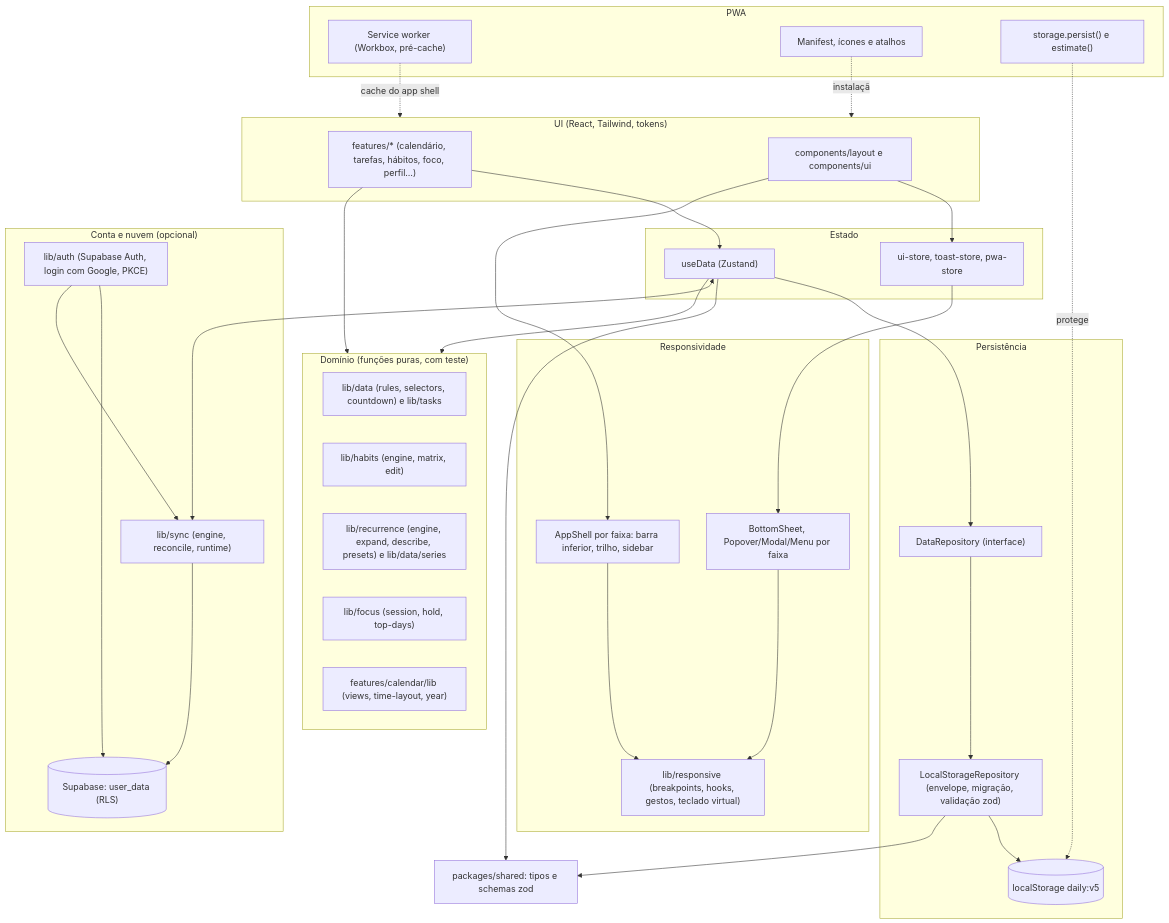
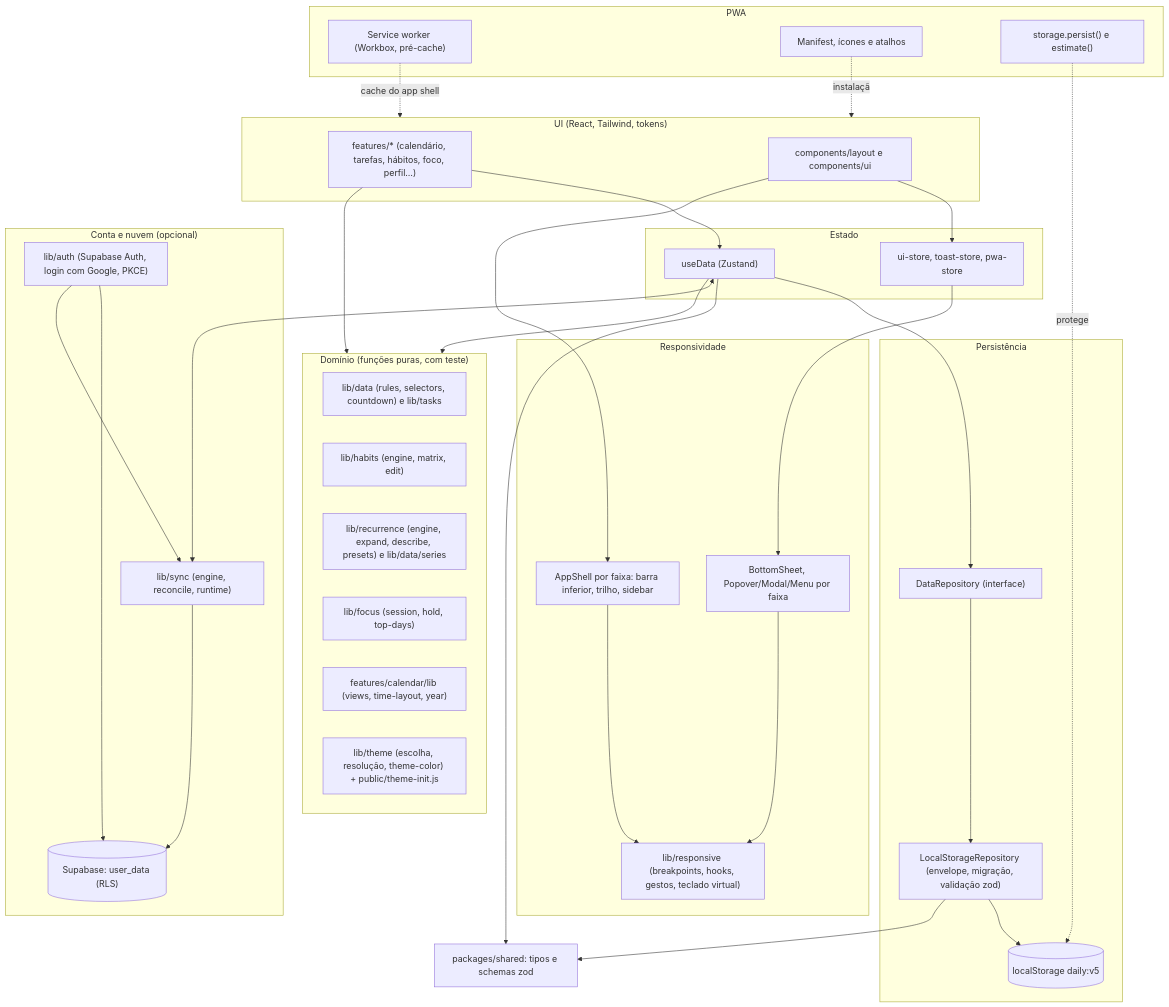
Before and after one commit to Mateus-Fonseca847/daily-study-planner: the diagram in docs/architecture.md, drawn with Mermaid. The commit also changed other lines of this file and 7 other files, not shown here.

````diff
--- a/docs/architecture.md
+++ b/docs/architecture.md
@@ -7,60 +7,61 @@
 ```mermaid
 flowchart TB
   subgraph UI["UI (React, Tailwind, tokens)"]
     Pages["features/* (calendário, tarefas, hábitos, foco, perfil…)"]
     Layout["components/layout e components/ui"]
   end
   subgraph Domain["Domínio (funções puras, com teste)"]
     Rules["lib/data (rules, selectors, countdown) e lib/tasks"]
     Habits["lib/habits (engine, matrix, edit)"]
     Recur["lib/recurrence (engine, expand, describe, presets) e lib/data/series"]
     Focus["lib/focus (session, hold, top-days)"]
     Cal["features/calendar/lib (views, time-layout, year)"]
+    Theme["lib/theme (escolha, resolução, theme-color) + public/theme-init.js"]
   end
   subgraph Store["Estado"]
     Zustand["useData (Zustand)"]
     UiStore["ui-store, toast-store, pwa-store"]
   end
   subgraph Persistence["Persistência"]
     Repo["DataRepository (interface)"]
     LS["LocalStorageRepository (envelope, migração, validação zod)"]
     Storage[("localStorage daily:v5")]
   end
   subgraph Cloud["Conta e nuvem (opcional)"]
     Auth["lib/auth (Supabase Auth, login com Google, PKCE)"]
     Sync["lib/sync (engine, reconcile, runtime)"]
     Supa[("Supabase: user_data (RLS)")]
   end
   subgraph Resp["Responsividade"]
     Bp["lib/responsive (breakpoints, hooks, gestos, teclado virtual)"]
     Sheets["BottomSheet, Popover/Modal/Menu por faixa"]
     Shell["AppShell por faixa: barra inferior, trilho, sidebar"]
   end
   subgraph PWA["PWA"]
     SW["Service worker (Workbox, pré-cache)"]
     Manifest["Manifest, ícones e atalhos"]
     Persist["storage.persist() e estimate()"]
   end
   Shared["packages/shared: tipos e schemas zod"]
 
   Pages --> Zustand
   Layout --> UiStore
   Pages --> Domain
   Zustand --> Domain
   Zustand --> Repo
   Repo --> LS
   LS --> Storage
   LS --> Shared
   Zustand --> Shared
   Zustand <--> Sync
   Sync --> Supa
   Auth --> Supa
   Auth --> Sync
   Layout --> Shell
   Shell --> Bp
   Sheets --> Bp
   UiStore --> Sheets
   SW -.cache do app shell.-> UI
   Persist -.protege.-> Storage
   Manifest -.instalação.-> UI
 ```
````
